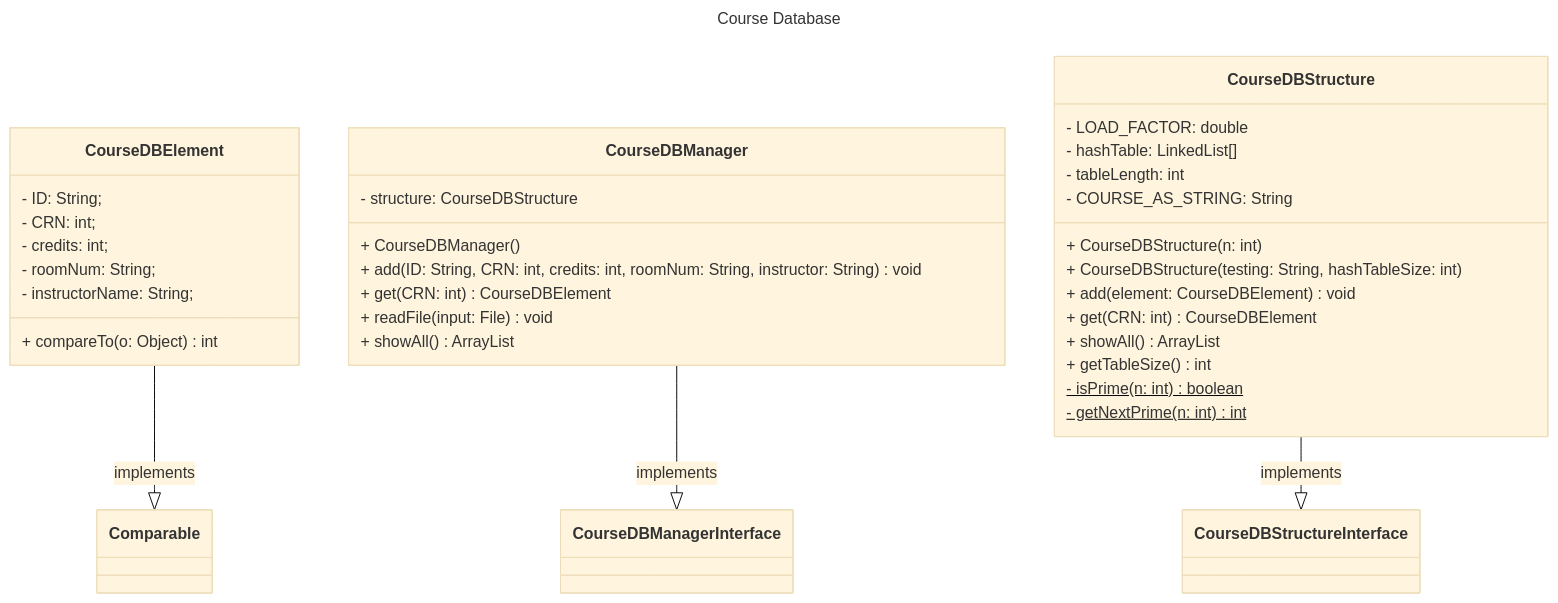
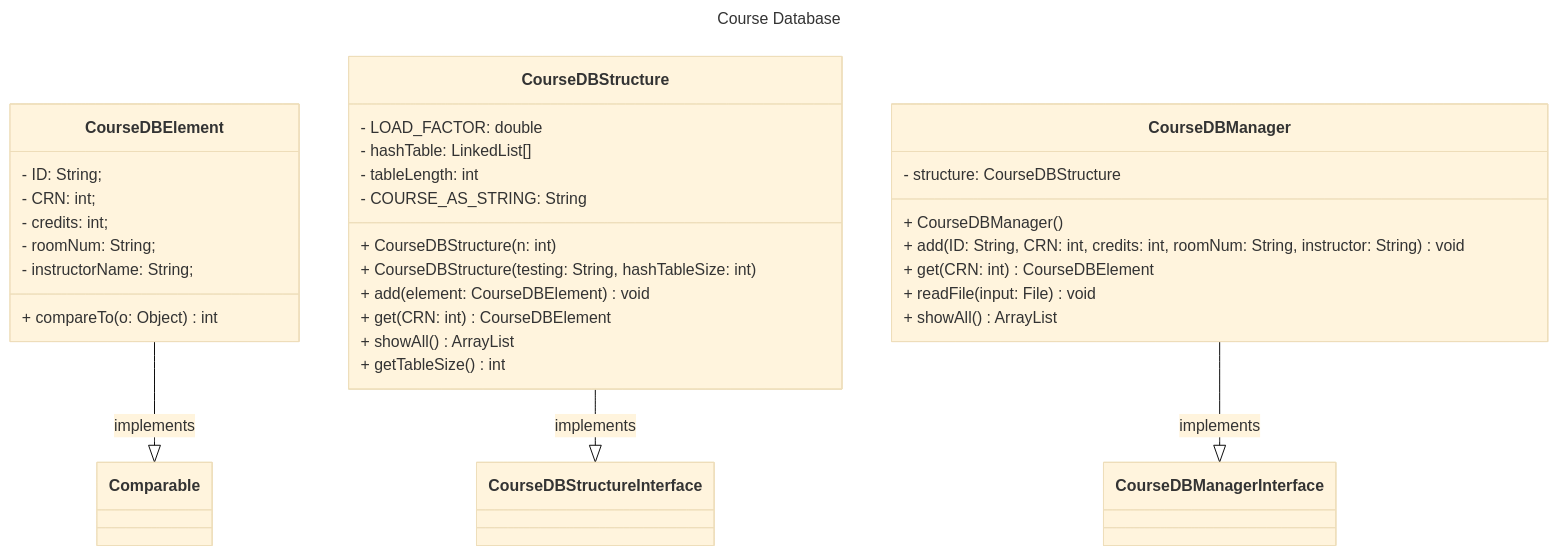
Before and after one commit to nick-nugat/nick-nugat.github.io: the diagram in content/project-designs/cmsc204/NguyenNicholas_Assignment4_Design/assignment4-design.md, drawn with Mermaid (base theme). The commit also changed other lines of this file and 1 other file, not shown here.

````diff
--- a/content/project-designs/cmsc204/NguyenNicholas_Assignment4_Design/assignment4-design.md
+++ b/content/project-designs/cmsc204/NguyenNicholas_Assignment4_Design/assignment4-design.md
@@ -13,49 +13,46 @@
 ```mermaid
 ---
 title: Course Database
 ---
 classDiagram
 	direction BT
 
 	Comparable <|-- CourseDBElement: implements
+	CourseDBStructureInterface <|-- CourseDBStructure: implements
 	CourseDBManagerInterface <|-- CourseDBManager: implements
-	CourseDBStructureInterface <|-- CourseDBStructure: implements
 	
 	
 	class CourseDBElement { 
 	    - ID: String;  
 	    - CRN: int;  
 	    - credits: int;  
 	    - roomNum: String;  
 	    - instructorName: String;  
 		  
 	    + compareTo(o: Object) int
 	}
-	
-	 class CourseDBManager{
-		 - structure: CourseDBStructure
-		 
-		 + CourseDBManager()
-		 + add(ID: String, CRN: int, credits: int, roomNum: String, instructor: String) void
-		 + get(CRN: int) CourseDBElement
-		 + readFile(input: File) void
-		 + showAll() ArrayList<String>
-	 }
 	
 	 class CourseDBStructure{
 		 - LOAD_FACTOR: double
 		 - hashTable: LinkedList<CourseDBElement>[]
 		 - tableLength: int
 		 - COURSE_AS_STRING: String
 		   
 		 + CourseDBStructure(n: int)
 		 + CourseDBStructure(testing: String, hashTableSize: int)
 		 + add(element: CourseDBElement) void
 		 + get(CRN: int) CourseDBElement
 		 + showAll() ArrayList<String>
 		 + getTableSize() int
-		 %%helper methods%%
-		 - isPrime(n: int) boolean$ 
-		 - getNextPrime(n: int) int$
+	 }
+
+	 class CourseDBManager{
+		 - structure: CourseDBStructure
+		 
+		 + CourseDBManager()
+		 + add(ID: String, CRN: int, credits: int, roomNum: String, instructor: String) void
+		 + get(CRN: int) CourseDBElement
+		 + readFile(input: File) void
+		 + showAll() ArrayList<String>
 	 }
 ```
````
